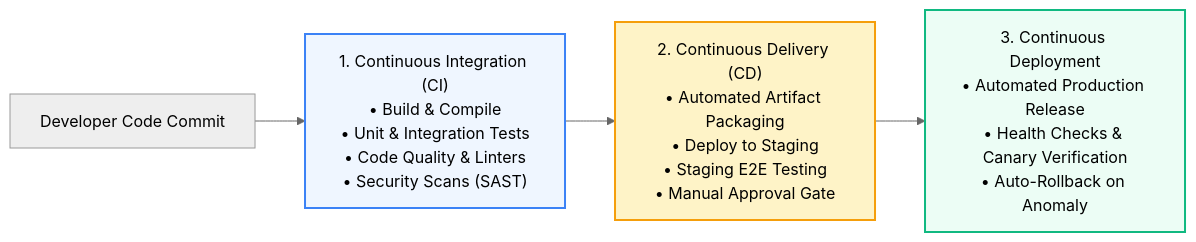
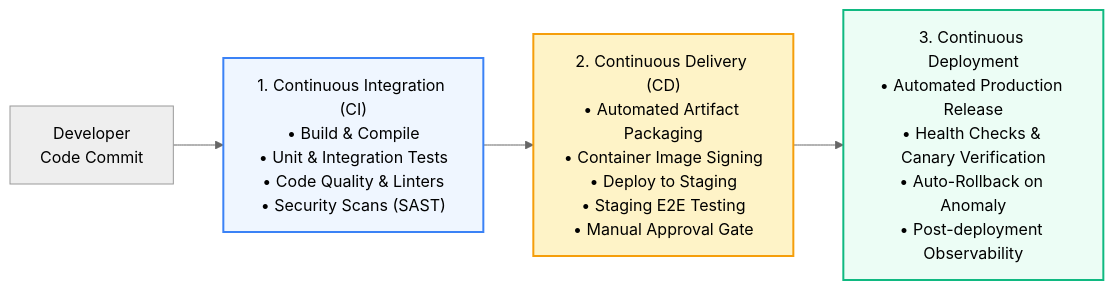
Before and after one commit to PandeyKishan/Study-Notes: the first of 3 diagrams in 04-CICD-Pipelines/01-Fundamentals-GitOps-and-Pipeline-Design.md, drawn with Mermaid (neutral theme). The commit also changed other lines of this file and 38 other files, not shown here.

````diff
--- a/04-CICD-Pipelines/01-Fundamentals-GitOps-and-Pipeline-Design.md
+++ b/04-CICD-Pipelines/01-Fundamentals-GitOps-and-Pipeline-Design.md
@@ -10,10 +12,10 @@
 ```mermaid
 flowchart LR
-    Dev["Developer Code Commit"] --> CI["1. Continuous Integration (CI)\n• Build & Compile\n• Unit & Integration Tests\n• Code Quality & Linters\n• Security Scans (SAST)"]
-    CI --> CD_Deliv["2. Continuous Delivery (CD)\n• Automated Artifact Packaging\n• Deploy to Staging\n• Staging E2E Testing\n• Manual Approval Gate"]
-    CD_Deliv --> CD_Deploy["3. Continuous Deployment\n• Automated Production Release\n• Health Checks & Canary Verification\n• Auto-Rollback on Anomaly"]
+    Dev["Developer\nCode Commit"] --> CI["1. Continuous Integration (CI)\n• Build & Compile\n• Unit & Integration Tests\n• Code Quality & Linters\n• Security Scans (SAST)"]
+    CI --> CD_Deliv["2. Continuous Delivery (CD)\n• Automated Artifact Packaging\n• Container Image Signing\n• Deploy to Staging\n• Staging E2E Testing\n• Manual Approval Gate"]
+    CD_Deliv --> CD_Deploy["3. Continuous Deployment\n• Automated Production Release\n• Health Checks & Canary Verification\n• Auto-Rollback on Anomaly\n• Post-deployment Observability"]
 
     style CI fill:#eff6ff,stroke:#3b82f6,stroke-width:2px
     style CD_Deliv fill:#fef3c7,stroke:#f59e0b,stroke-width:2px
     style CD_Deploy fill:#ecfdf5,stroke:#10b981,stroke-width:2px
 ```
````
